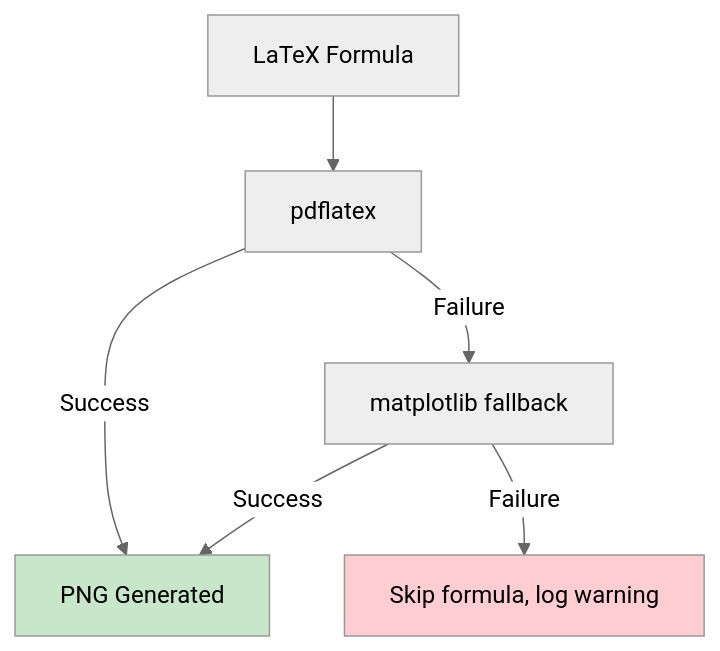
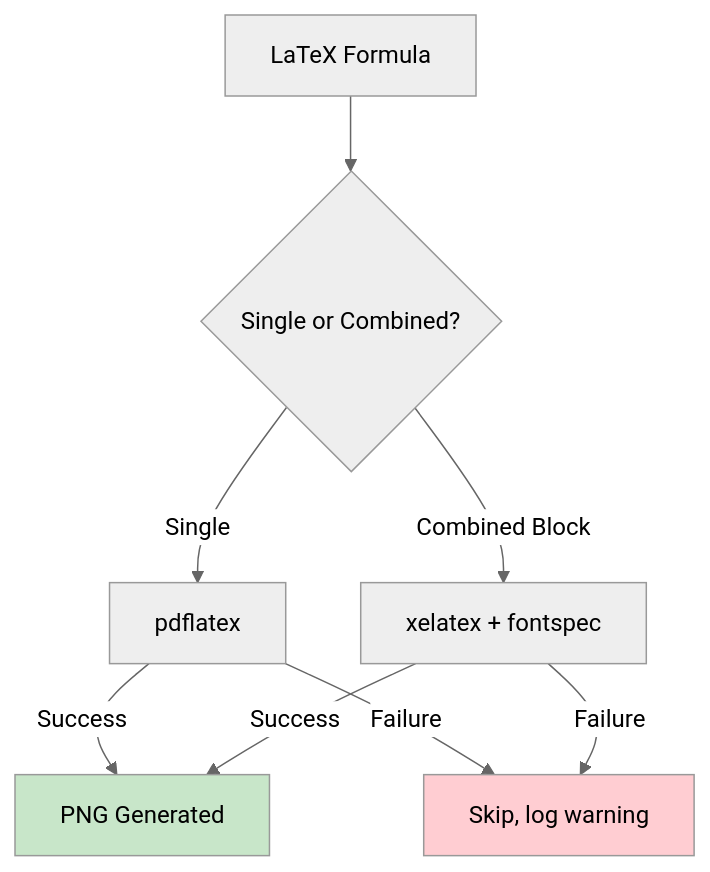
Before and after one commit to DuongDoNgoc/feynman-lectures-bot: diagram 15 of 19 in docs/system-architecture.md, drawn with Mermaid (neutral theme). The commit also changed other lines of this file and 9 other files, not shown here.

````diff
--- a/docs/system-architecture.md
+++ b/docs/system-architecture.md
@@ -515,11 +666,13 @@
 ```mermaid
 flowchart TD
-    START[LaTeX Formula] --> TRY1[pdflatex]
+    START[LaTeX Formula] --> SINGLE{Single or Combined?}
+    SINGLE -->|Single| TRY1[pdflatex]
+    SINGLE -->|Combined Block| TRY2[xelatex + fontspec]
     TRY1 -->|Success| DONE[PNG Generated]
-    TRY1 -->|Failure| TRY2[matplotlib fallback]
+    TRY1 -->|Failure| SKIP[Skip, log warning]
     TRY2 -->|Success| DONE
-    TRY2 -->|Failure| SKIP[Skip formula, log warning]
+    TRY2 -->|Failure| SKIP
 
     style DONE fill:#c8e6c9
     style SKIP fill:#ffcdd2
 ```
````
